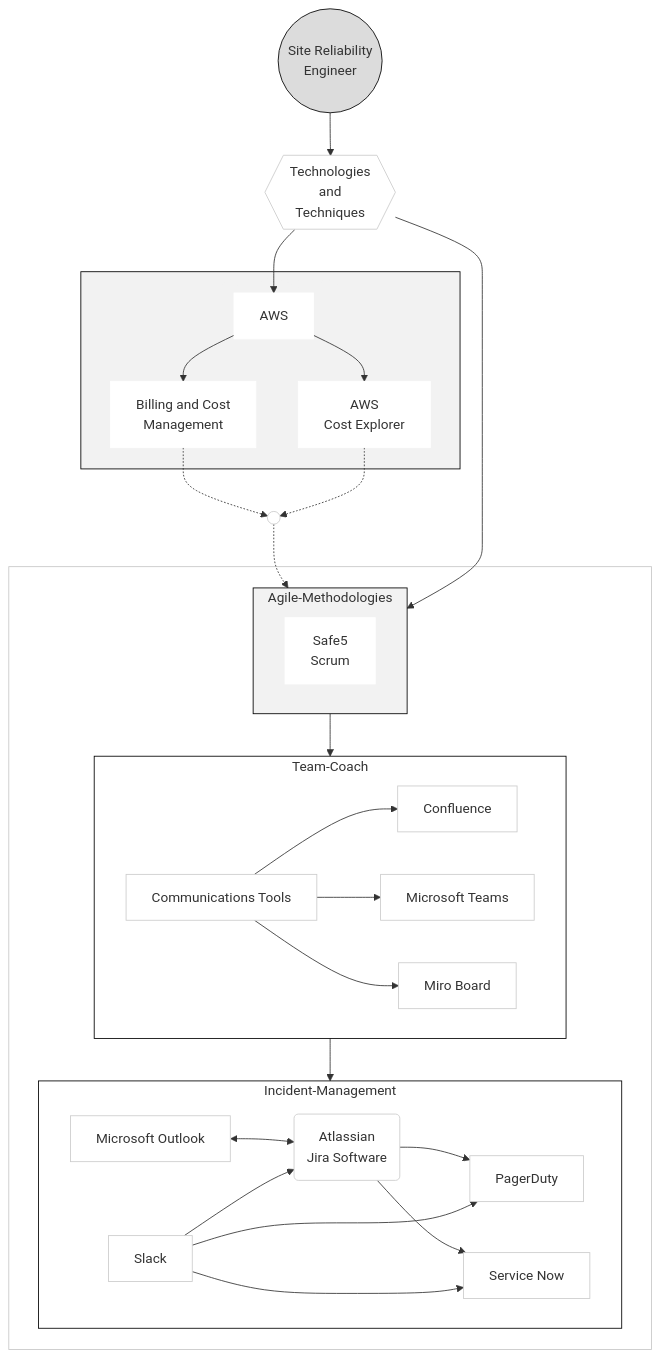
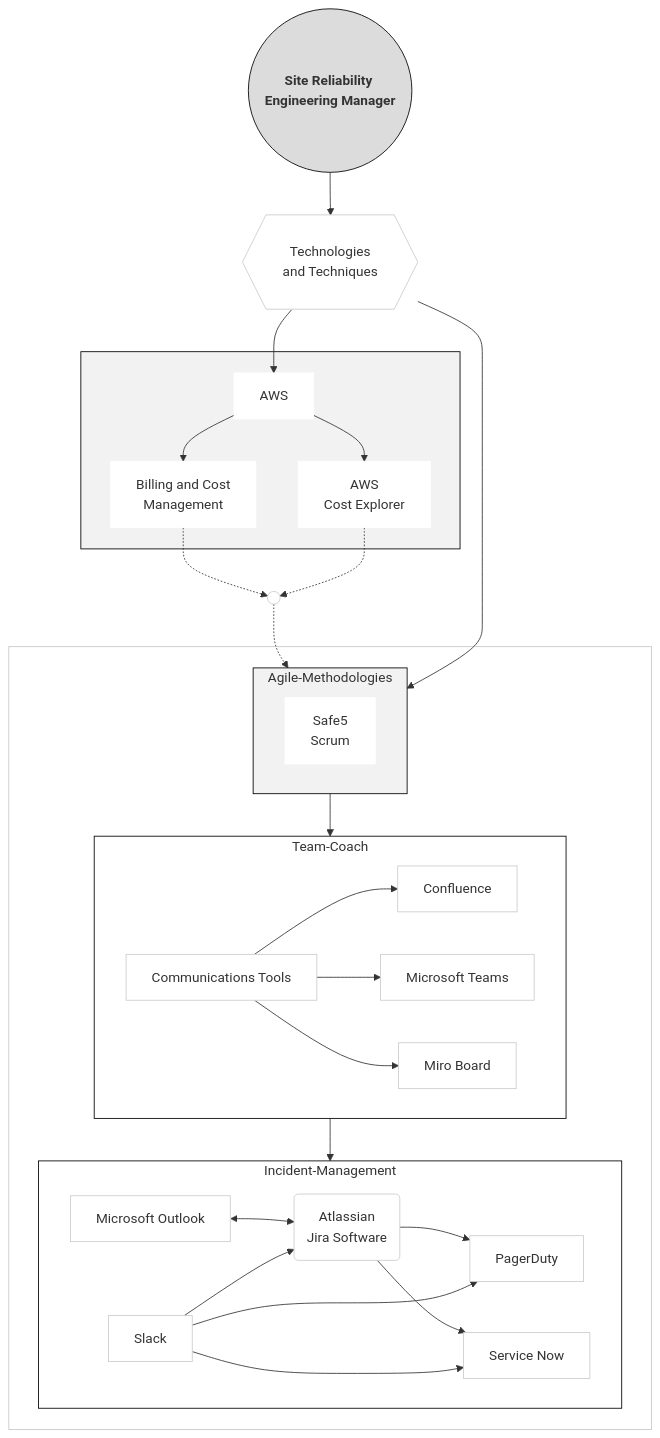
One commit to kjfigueroa/profile changed the seventh of 7 diagrams in README.md. Above: the diagram before and after it, drawn with Mermaid. The commit also changed other lines of this file, not shown here.

````diff
--- a/README.md
+++ b/README.md
@@ -197,42 +211,42 @@
 ```mermaid
 flowchart TD
-sre((&nbsp;Site Reliability&nbsp;<br>Engineer)); style sre fill:#dcdcdc,stroke:#000;
-tech{{Technologies<br>and<br>Techniques}}; style tech fill:#fff,stroke:#ccc;
+sre((&nbsp;&nbsp;&nbsp;<b>Site Reliability&nbsp;&nbsp;&nbsp;</b>&nbsp;<br>&nbsp;&nbsp;&nbsp;<b>Engineering Manager&nbsp;&nbsp;&nbsp;</b>)); style sre fill:#dcdcdc,stroke:#000;
+tech{{<br>&nbsp;&nbsp;&nbsp;Technologies&nbsp;&nbsp;&nbsp;<br>&nbsp;&nbsp;&nbsp;and Techniques&nbsp;&nbsp;&nbsp;<br><br>}}; style tech fill:#fff,stroke:#ccc;
 sre --> tech
 subgraph Information-Tools; style Information-Tools color:#fff,fill:#fff,stroke:#c7c7c7;
     subgraph Agile-Methodologies; style Agile-Methodologies fill:#f2f2f2,stroke:#000;
         amethod[Safe5<br>Scrum]; style amethod fill:#fff,stroke:#fff;
     end
     subgraph Team-Coach; style Team-Coach fill:#fff,stroke:#000;
         comm[Communications Tools]; style comm fill:#fff,stroke:#ccc;
         conf[Confluence]; style conf fill:#fff,stroke:#ccc;
         teams[Microsoft Teams]; style teams fill:#fff,stroke:#ccc;
         miro[Miro Board]; style miro fill:#fff,stroke:#ccc;
         comm --> conf; comm --> teams; comm --> miro
     end
     subgraph Incident-Management; style Incident-Management fill:#fff,stroke:#000;
         direction LR
         jira(Atlassian<br>Jira Software); style jira fill:#fff,stroke:#ccc;
         OL[Microsoft Outlook]; style OL fill:#fff,stroke:#ccc;
         pduty[PagerDuty]; style pduty fill:#fff,stroke:#ccc;
         snow[Service Now]; style snow fill:#fff,stroke:#ccc;
         slack[Slack]; style slack fill:#fff,stroke:#ccc;
         jira --> pduty; jira --> snow
         OL <--> jira
         slack --> pduty; slack --> jira; slack --> snow
     end
     Agile-Methodologies --> Team-Coach --> Incident-Management
 end
 subgraph Financial-Management; style Financial-Management color:#f2f2f2,fill:#f2f2f2,stroke:#000; 
     AWS[AWS]; style AWS fill:#fff,stroke:#fff;
     BCM[Billing and Cost<br>Management];style BCM fill:#fff,stroke:#fff;
     ACS[AWS<br>Cost Explorer];style ACS fill:#fff,stroke:#fff;
     AWS --> BCM; AWS --> ACS;
 end
 POINT(( )); style POINT fill:#fff,stroke:#ccc;
 POINT -.-> Agile-Methodologies
 tech --> Agile-Methodologies
 tech --> AWS
 BCM -.-> POINT
 ACS -.-> POINT
 ```
````
